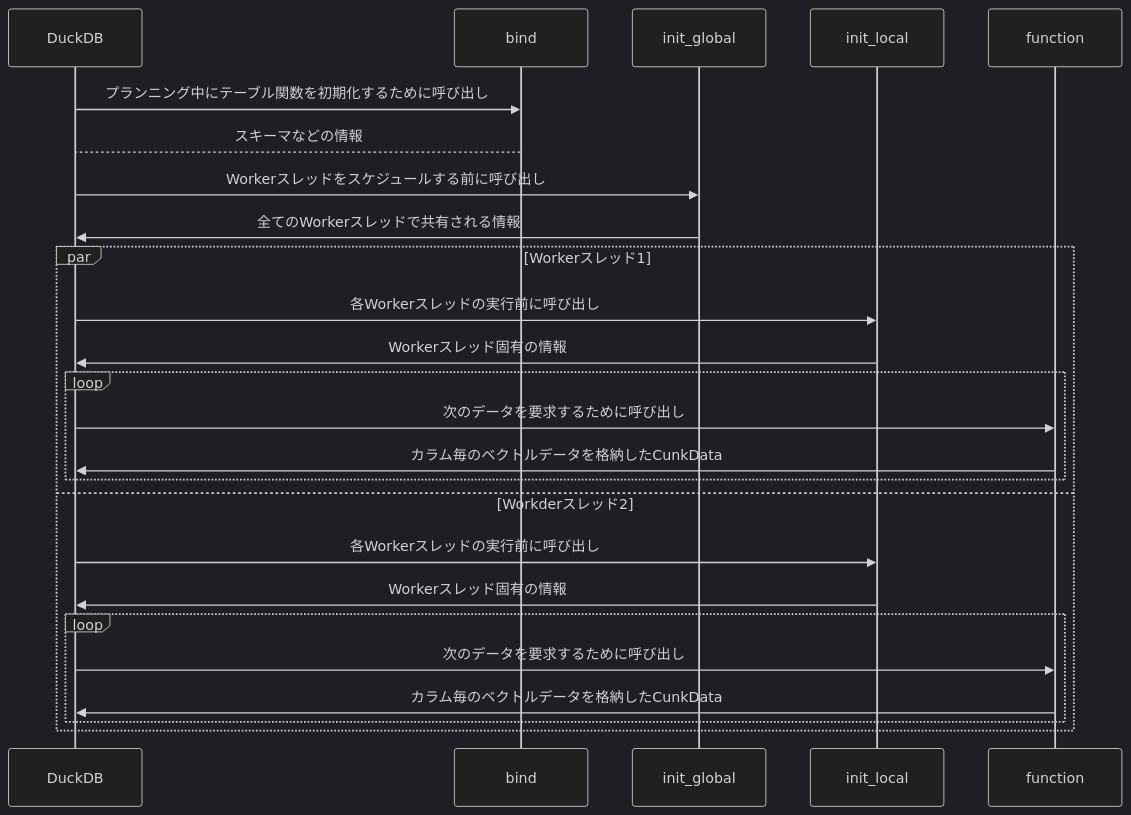
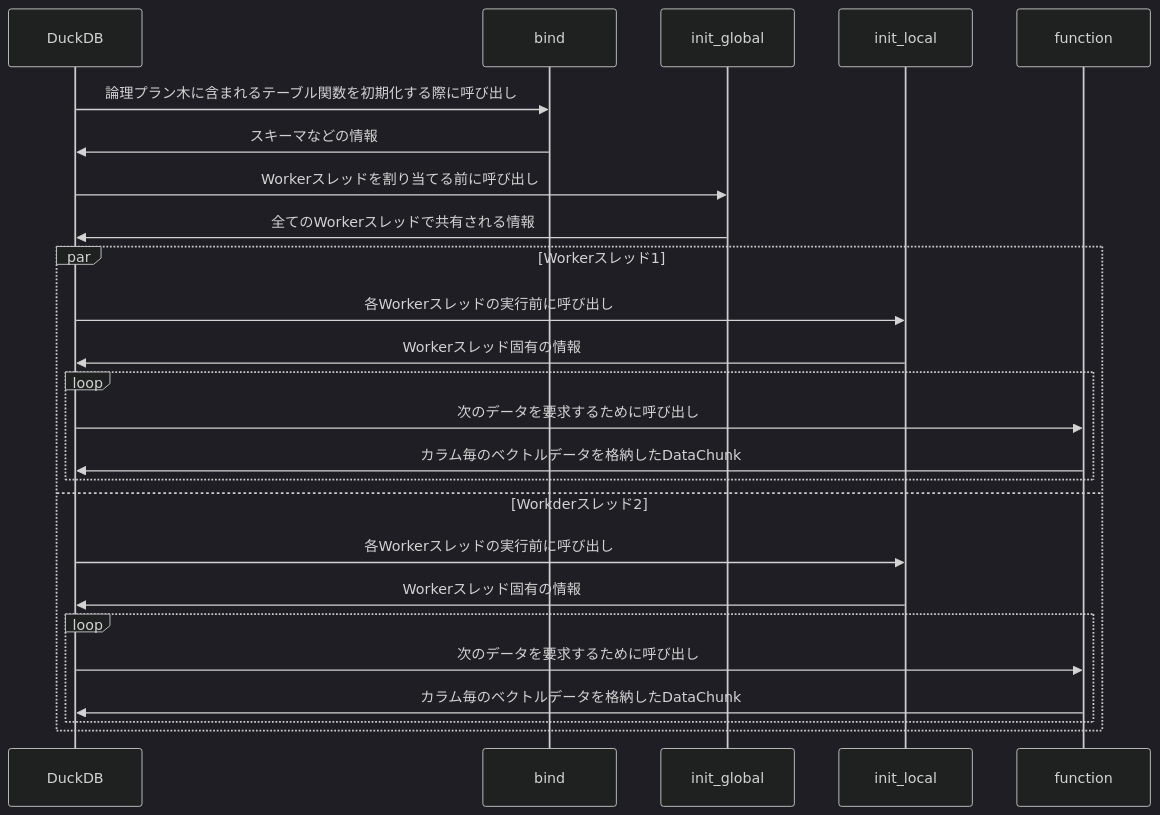
Before and after one commit to maropu/20241129_taroleo_study: the diagram in 20241129_duckdb_study/duckdb_extension.md, drawn with Mermaid (dark theme). The commit also changed other lines of this file, not shown here.

````diff
--- a/20241129_duckdb_study/duckdb_extension.md
+++ b/20241129_duckdb_study/duckdb_extension.md
@@ -182,22 +182,22 @@
 ```mermaid
 sequenceDiagram
-    DuckDB->>bind: プランニング中にテーブル関数を初期化するために呼び出し
-    bind-->DuckDB: スキーマなどの情報
-    DuckDB->>init_global: Workerスレッドをスケジュールする前に呼び出し
+    DuckDB->>bind: 論理プラン木に含まれるテーブル関数を初期化する際に呼び出し
+    bind->>DuckDB: スキーマなどの情報
+    DuckDB->>init_global: Workerスレッドを割り当てる前に呼び出し
     init_global->>DuckDB: 全てのWorkerスレッドで共有される情報
     par Workerスレッド1
         DuckDB->>init_local: 各Workerスレッドの実行前に呼び出し
         init_local->>DuckDB: Workerスレッド固有の情報
         loop
             DuckDB->>function: 次のデータを要求するために呼び出し
-            function->>DuckDB: カラム毎のベクトルデータを格納したCunkData
+            function->>DuckDB: カラム毎のベクトルデータを格納したDataChunk
         end
     and Workderスレッド2
         DuckDB->>init_local: 各Workerスレッドの実行前に呼び出し
         init_local->>DuckDB: Workerスレッド固有の情報
         loop
             DuckDB->>function: 次のデータを要求するために呼び出し
-            function->>DuckDB: カラム毎のベクトルデータを格納したCunkData
+            function->>DuckDB: カラム毎のベクトルデータを格納したDataChunk
         end
     end
 ```
````
